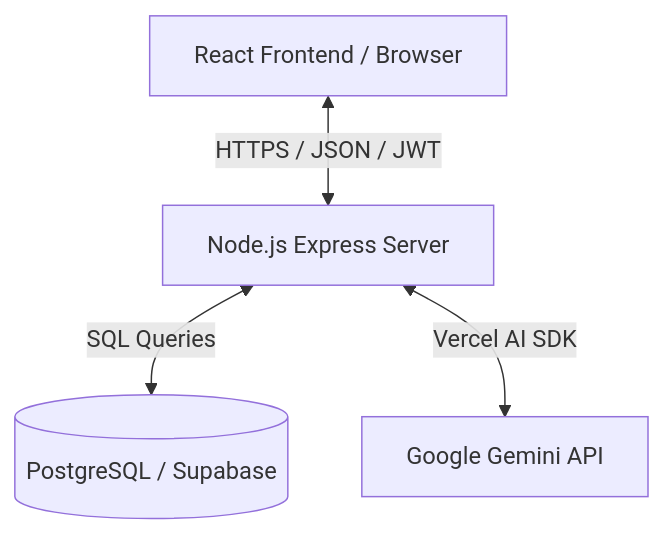
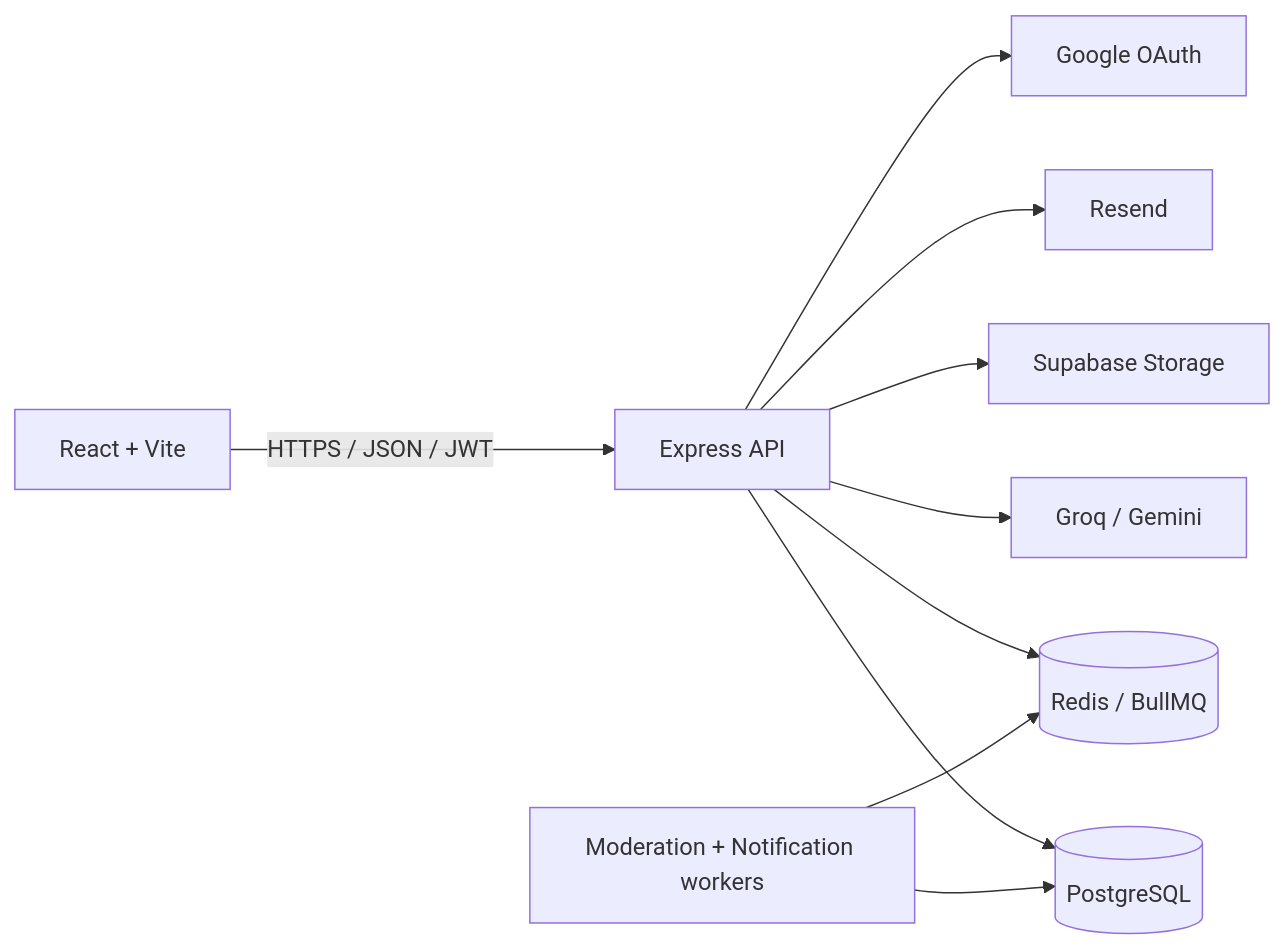
Before and after one commit to ThanhNT2k/web-app-project: the first of 3 diagrams in docs/technical/ARCHITECTURE.md, drawn with Mermaid. The commit also changed other lines of this file and 7 other files, not shown here.

````diff
--- a/docs/technical/ARCHITECTURE.md
+++ b/docs/technical/ARCHITECTURE.md
@@ -11,6 +9,12 @@
 ```mermaid
-graph TD
-    Client[React Frontend / Browser] <-->|HTTPS / JSON / JWT| API[Node.js Express Server]
-    API <-->|SQL Queries| DB[(PostgreSQL / Supabase)]
-    API <-->|Vercel AI SDK| Gemini[Google Gemini API]
+flowchart LR
+  UI[React + Vite] -->|HTTPS / JSON / JWT| API[Express API]
+  API --> PG[(PostgreSQL)]
+  API --> REDIS[(Redis / BullMQ)]
+  WORKER[Moderation + Notification workers] --> REDIS
+  WORKER --> PG
+  API --> AI[Groq / Gemini]
+  API --> STORAGE[Supabase Storage]
+  API --> MAIL[Resend]
+  API --> GOOGLE[Google OAuth]
 ```
````
